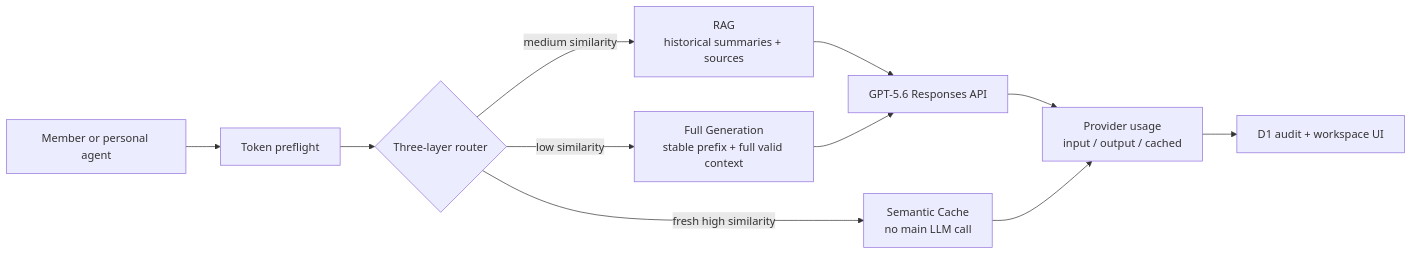
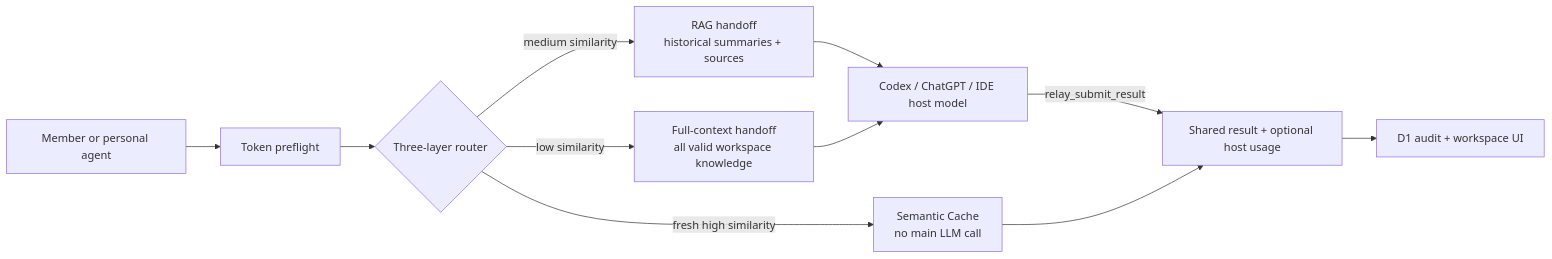
Before and after one commit to ksh1ng/ShareXpace: the second of 2 diagrams in README.md, drawn with Mermaid. The commit also changed other lines of this file and 7 other files, not shown here.

Commit message:
Hand RAG and full generation back to MCP agents

````diff
--- a/README.md
+++ b/README.md
@@ -53,13 +55,13 @@
 ```mermaid
 flowchart LR
   U[Member or personal agent] --> E[Token preflight]
   E --> C{Three-layer router}
   C -->|fresh high similarity| S[Semantic Cache\nno main LLM call]
-  C -->|medium similarity| R[RAG\nhistorical summaries + sources]
-  C -->|low similarity| F[Full Generation\nstable prefix + full valid context]
-  R --> O[GPT-5.6 Responses API]
+  C -->|medium similarity| R[RAG handoff\nhistorical summaries + sources]
+  C -->|low similarity| F[Full-context handoff\nall valid workspace knowledge]
+  R --> O[Codex / ChatGPT / IDE host model]
   F --> O
-  O --> P[Provider usage\ninput / output / cached]
+  O -->|relay_submit_result| P[Shared result + optional host usage]
   S --> P
   P --> D[D1 audit + workspace UI]
 ```
````
